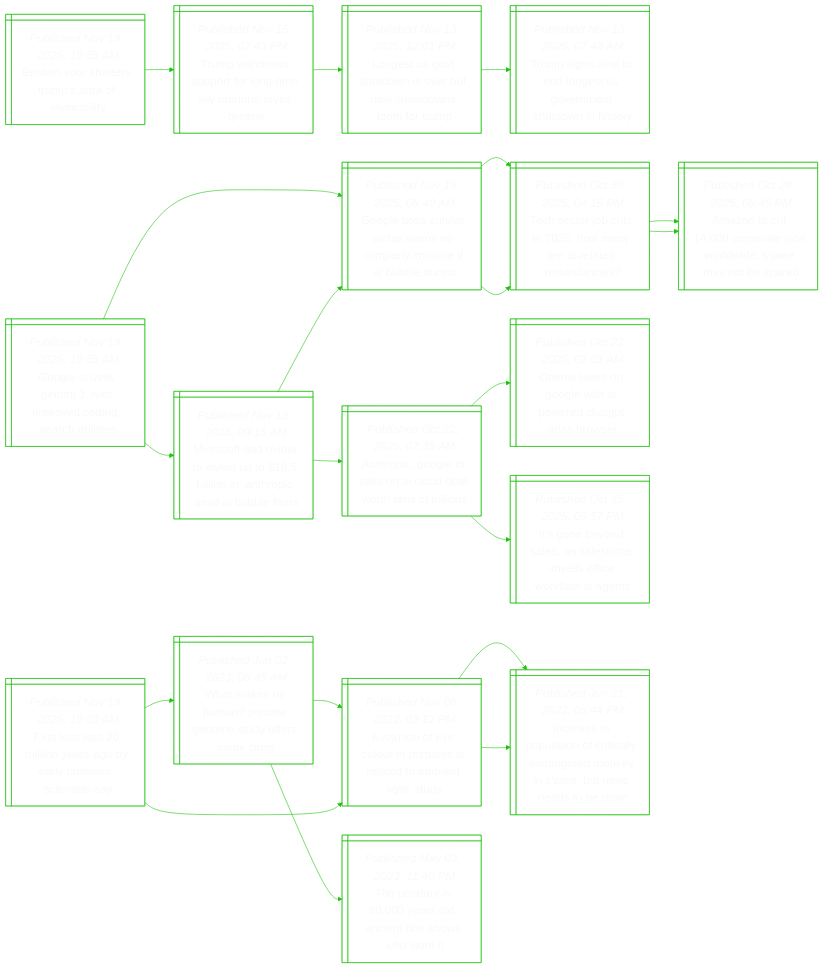
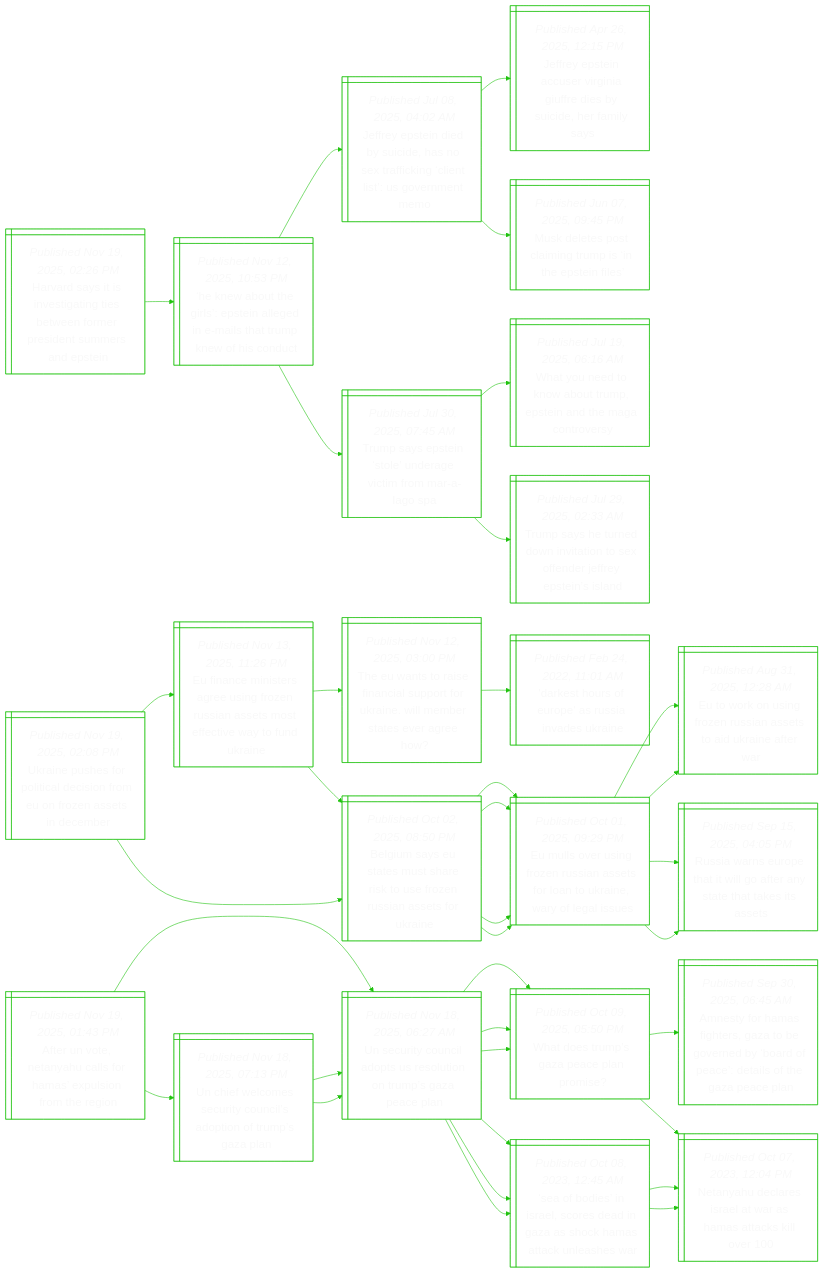
The diagram in README.md (notJmes/notJmes), drawn with Mermaid before and after one commit. The commit also changed other lines of this file, not shown here.

````diff
--- a/README.md
+++ b/README.md
@@ -16,73 +16,118 @@
 flowchart LR
 classDef txtsize font-size:20px;
 
-Eietrafnl@{ shape: win-pane, label: "_Published Nov 19, 2025, 10:35 AM_
-Epstein vote shatters trump’s aura of invincibility" }
-TwrutomyoaGe@{ shape: win-pane, label: "_Published Nov 15, 2025, 02:43 PM_
-Trump withdraws support for long-time ally marjorie taylor greene" }
-Lsounenonmr@{ shape: win-pane, label: "_Published Nov 13, 2025, 12:01 PM_
-Longest us govt shutdown is over but new showdowns loom for trump" }
-Tsdootveuns@{ shape: win-pane, label: "_Published Nov 13, 2025, 07:48 AM_
-Trump signs deal to end longest us government shutdown in history" }
+Hrsitiewopduspn@{ shape: win-pane, label: "_Published Nov 19, 2025, 02:26 PM_
+Harvard says it is investigating ties between former president summers and epstein" }
+HwtipngesTkfot@{ shape: win-pane, label: "_Published Nov 12, 2025, 10:53 PM_
+‘he knew about the girls’: epstein alleged in e-mails that trump knew of his conduct" }
+Jetisdntigntvem@{ shape: win-pane, label: "_Published Jul 08, 2025, 04:02 AM_
+Jeffrey epstein died by suicide, has no sex trafficking ‘client list’: us government memo" }
+Jetcriiebceiy@{ shape: win-pane, label: "_Published Apr 26, 2025, 12:15 PM_
+Jeffrey epstein accuser virginia giuffre dies by suicide, her family says" }
+MesciuiEie@{ shape: win-pane, label: "_Published Jun 07, 2025, 09:45 PM_
+Musk deletes post claiming trump is ‘in the epstein files’" }
+Tspnerifag@{ shape: win-pane, label: "_Published Jul 30, 2025, 07:45 AM_
+Trump says epstein ‘stole’ underage victim from mar-a-lago spa" }
+WodoumtnMov@{ shape: win-pane, label: "_Published Jul 19, 2025, 06:16 AM_
+What you need to know about trump, epstein and the maga controversy" }
+Tseentnxneyes@{ shape: win-pane, label: "_Published Jul 29, 2025, 02:33 AM_
+Trump says he turned down invitation to sex offender jeffrey epstein’s island" }
 
-Eietrafnl:::txtsize --> TwrutomyoaGe:::txtsize
-TwrutomyoaGe:::txtsize --> Lsounenonmr:::txtsize
-Lsounenonmr:::txtsize --> Tsdootveuns:::txtsize
+Hrsitiewopduspn:::txtsize --> HwtipngesTkfot:::txtsize
+HwtipngesTkfot:::txtsize --> Jetisdntigntvem:::txtsize
+Jetisdntigntvem:::txtsize --> Jetcriiebceiy:::txtsize
+Jetisdntigntvem:::txtsize --> MesciuiEie:::txtsize
+HwtipngesTkfot:::txtsize --> Tspnerifag:::txtsize
+Tspnerifag:::txtsize --> WodoumtnMov:::txtsize
+Tspnerifag:::txtsize --> Tseentnxneyes:::txtsize
 
-Geimipdnrie@{ shape: win-pane, label: "_Published Nov 19, 2025, 10:35 AM_
-Google unveils gemini 3, with improved coding, search abilities" }
-GeSranoynIls@{ shape: win-pane, label: "_Published Nov 19, 2025, 06:40 AM_
-Google boss sundar pichai warns no company immune if ai bubble bursts" }
-TejtoyItdn@{ shape: win-pane, label: "_Published Oct 30, 2025, 04:15 PM_
-Tech sector job cuts in 2025: how many are ai-related redundancies?" }
-Antojoioyee@{ shape: win-pane, label: "_Published Oct 28, 2025, 09:45 PM_
-Amazon to cut 14,000 corporate jobs worldwide, s’pore may not be spared" }
-Antojoioyee@{ shape: win-pane, label: "_Published Oct 28, 2025, 09:45 PM_
-Amazon to cut 14,000 corporate jobs worldwide, s’pore may not be spared" }
-Msnditbonpiuf@{ shape: win-pane, label: "_Published Nov 19, 2025, 09:15 AM_
-Microsoft and nvidia to invest up to $19.5 billion in  anthropic amid ai bubble fears" }
-AooikIdwtfi@{ shape: win-pane, label: "_Published Oct 22, 2025, 07:35 AM_
-Anthropic, google in talks on ai cloud deal worth tens of billions" }
-OIsoipettrr@{ shape: win-pane, label: "_Published Oct 22, 2025, 02:01 AM_
-Openai takes on google with ai-powered chatgpt atlas browser" }
-InolSfulirwe@{ shape: win-pane, label: "_Published Oct 15, 2025, 05:57 PM_
-It’s gone beyond sales, as salesforce unveils office workflow ai agents" }
-GeSranoynIls@{ shape: win-pane, label: "_Published Nov 19, 2025, 06:40 AM_
-Google boss sundar pichai warns no company immune if ai bubble bursts" }
-TejtoyItdn@{ shape: win-pane, label: "_Published Oct 30, 2025, 04:15 PM_
-Tech sector job cuts in 2025: how many are ai-related redundancies?" }
+UnhrtdioneeDb@{ shape: win-pane, label: "_Published Nov 19, 2025, 02:08 PM_
+Ukraine pushes for political decision from eu on frozen assets in december" }
+Eaieriounttcwfke@{ shape: win-pane, label: "_Published Nov 13, 2025, 11:26 PM_
+Eu finance ministers agree using frozen russian assets most effective way to fund ukraine" }
+Twtsalorilbavrw@{ shape: win-pane, label: "_Published Nov 12, 2025, 03:00 PM_
+The eu wants to raise financial support for ukraine. will member states ever agree how?" }
+DsruasvUn@{ shape: win-pane, label: "_Published Feb 24, 2022, 11:01 AM_
+'darkest hours of europe' as russia invades ukraine" }
+Busauasszsaske@{ shape: win-pane, label: "_Published Oct 02, 2025, 08:50 PM_
+Belgium says eu states must share risk to use frozen russian assets for ukraine" }
+Elrgessfakeoau@{ shape: win-pane, label: "_Published Oct 01, 2025, 09:29 PM_
+Eu mulls over using frozen russian assets for loan to ukraine, wary of legal issues" }
+Elrgessfakeoau@{ shape: win-pane, label: "_Published Oct 01, 2025, 09:29 PM_
+Eu mulls over using frozen russian assets for loan to ukraine, wary of legal issues" }
+Busauasszsaske@{ shape: win-pane, label: "_Published Oct 02, 2025, 08:50 PM_
+Belgium says eu states must share risk to use frozen russian assets for ukraine" }
+Elrgessfakeoau@{ shape: win-pane, label: "_Published Oct 01, 2025, 09:29 PM_
+Eu mulls over using frozen russian assets for loan to ukraine, wary of legal issues" }
+Eoufnisoker@{ shape: win-pane, label: "_Published Aug 31, 2025, 12:28 AM_
+Eu to work on using frozen russian assets to aid ukraine after war" }
+Rasptlfnttss@{ shape: win-pane, label: "_Published Sep 15, 2025, 04:05 PM_
+Russia warns europe that it will go after any state that takes its assets" }
+Elrgessfakeoau@{ shape: win-pane, label: "_Published Oct 01, 2025, 09:29 PM_
+Eu mulls over using frozen russian assets for loan to ukraine, wary of legal issues" }
+Eoufnisoker@{ shape: win-pane, label: "_Published Aug 31, 2025, 12:28 AM_
+Eu to work on using frozen russian assets to aid ukraine after war" }
+Rasptlfnttss@{ shape: win-pane, label: "_Published Sep 15, 2025, 04:05 PM_
+Russia warns europe that it will go after any state that takes its assets" }
 
-Geimipdnrie:::txtsize --> GeSranoynIls:::txtsize
-GeSranoynIls:::txtsize --> TejtoyItdn:::txtsize
-TejtoyItdn:::txtsize --> Antojoioyee:::txtsize
-TejtoyItdn:::txtsize --> Antojoioyee:::txtsize
-Geimipdnrie:::txtsize --> Msnditbonpiuf:::txtsize
-Msnditbonpiuf:::txtsize --> AooikIdwtfi:::txtsize
-AooikIdwtfi:::txtsize --> OIsoipettrr:::txtsize
-AooikIdwtfi:::txtsize --> InolSfulirwe:::txtsize
-Msnditbonpiuf:::txtsize --> GeSranoynIls:::txtsize
-GeSranoynIls:::txtsize --> TejtoyItdn:::txtsize
+UnhrtdioneeDb:::txtsize --> Eaieriounttcwfke:::txtsize
+Eaieriounttcwfke:::txtsize --> Twtsalorilbavrw:::txtsize
+Twtsalorilbavrw:::txtsize --> DsruasvUn:::txtsize
+Eaieriounttcwfke:::txtsize --> Busauasszsaske:::txtsize
+Busauasszsaske:::txtsize --> Elrgessfakeoau:::txtsize
+Busauasszsaske:::txtsize --> Elrgessfakeoau:::txtsize
+UnhrtdioneeDb:::txtsize --> Busauasszsaske:::txtsize
+Busauasszsaske:::txtsize --> Elrgessfakeoau:::txtsize
+Elrgessfakeoau:::txtsize --> Eoufnisoker:::txtsize
+Elrgessfakeoau:::txtsize --> Rasptlfnttss:::txtsize
+Busauasszsaske:::txtsize --> Elrgessfakeoau:::txtsize
+Elrgessfakeoau:::txtsize --> Eoufnisoker:::txtsize
+Elrgessfakeoau:::txtsize --> Rasptlfnttss:::txtsize
 
-Fkalegareet@{ shape: win-pane, label: "_Published Nov 19, 2025, 10:30 AM_
-First kiss was 20 million years ago by early primates, scientists say" }
-Wasnantfsl@{ shape: win-pane, label: "_Published Jun 02, 2023, 08:45 AM_
-What makes us human? primate genome study offers some clues" }
-Etfoimiaoegu@{ shape: win-pane, label: "_Published Nov 06, 2022, 03:12 PM_
-Evolution of eye colour in primates is related to ambient light: study" }
-IapaotlaekSbrde@{ shape: win-pane, label: "_Published Jun 21, 2022, 05:44 PM_
-Increase in population of critically endangered monkey in s'pore, but more needs to be done" }
-TnirAnswr@{ shape: win-pane, label: "_Published May 03, 2023, 11:40 PM_
-The pendant is 20,000 years old. ancient dna shows who wore it" }
-Etfoimiaoegu@{ shape: win-pane, label: "_Published Nov 06, 2022, 03:12 PM_
-Evolution of eye colour in primates is related to ambient light: study" }
-IapaotlaekSbrde@{ shape: win-pane, label: "_Published Jun 21, 2022, 05:44 PM_
-Increase in population of critically endangered monkey in s'pore, but more needs to be done" }
+AUencfmpome@{ shape: win-pane, label: "_Published Nov 19, 2025, 01:43 PM_
+After un vote, netanyahu calls for hamas’ expulsion from the region" }
+UuCipruomzcn@{ shape: win-pane, label: "_Published Nov 18, 2025, 06:27 AM_
+Un security council adopts us resolution on trump’s gaza peace plan" }
+Wouaaam@{ shape: win-pane, label: "_Published Oct 09, 2025, 05:50 PM_
+What does trump’s gaza peace plan promise?" }
+AtHfezerydatoGel@{ shape: win-pane, label: "_Published Sep 30, 2025, 06:45 AM_
+Amnesty for hamas fighters, gaza to be governed by ‘board of peace’: details of the gaza peace plan" }
+NyeeawHakl@{ shape: win-pane, label: "_Published Oct 07, 2023, 12:04 PM_
+Netanyahu declares israel at war as hamas attacks kill over 100" }
+Sbsrcdnacaale@{ shape: win-pane, label: "_Published Oct 08, 2023, 12:45 AM_
+‘sea of bodies’ in israel, scores dead in gaza as shock hamas attack unleashes war" }
+NyeeawHakl@{ shape: win-pane, label: "_Published Oct 07, 2023, 12:04 PM_
+Netanyahu declares israel at war as hamas attacks kill over 100" }
+NyeeawHakl@{ shape: win-pane, label: "_Published Oct 07, 2023, 12:04 PM_
+Netanyahu declares israel at war as hamas attacks kill over 100" }
+UecSiustfpa@{ shape: win-pane, label: "_Published Nov 18, 2025, 07:13 PM_
+Un chief welcomes security council’s adoption of trump’s gaza plan" }
+UuCipruomzcn@{ shape: win-pane, label: "_Published Nov 18, 2025, 06:27 AM_
+Un security council adopts us resolution on trump’s gaza peace plan" }
+Wouaaam@{ shape: win-pane, label: "_Published Oct 09, 2025, 05:50 PM_
+What does trump’s gaza peace plan promise?" }
+Sbsrcdnacaale@{ shape: win-pane, label: "_Published Oct 08, 2023, 12:45 AM_
+‘sea of bodies’ in israel, scores dead in gaza as shock hamas attack unleashes war" }
+UuCipruomzcn@{ shape: win-pane, label: "_Published Nov 18, 2025, 06:27 AM_
+Un security council adopts us resolution on trump’s gaza peace plan" }
+Wouaaam@{ shape: win-pane, label: "_Published Oct 09, 2025, 05:50 PM_
+What does trump’s gaza peace plan promise?" }
+Sbsrcdnacaale@{ shape: win-pane, label: "_Published Oct 08, 2023, 12:45 AM_
+‘sea of bodies’ in israel, scores dead in gaza as shock hamas attack unleashes war" }
 
-Fkalegareet:::txtsize --> Wasnantfsl:::txtsize
-Wasnantfsl:::txtsize --> Etfoimiaoegu:::txtsize
-Etfoimiaoegu:::txtsize --> IapaotlaekSbrde:::txtsize
-Wasnantfsl:::txtsize --> TnirAnswr:::txtsize
-Fkalegareet:::txtsize --> Etfoimiaoegu:::txtsize
-Etfoimiaoegu:::txtsize --> IapaotlaekSbrde:::txtsize
+AUencfmpome:::txtsize --> UuCipruomzcn:::txtsize
+UuCipruomzcn:::txtsize --> Wouaaam:::txtsize
+Wouaaam:::txtsize --> AtHfezerydatoGel:::txtsize
+Wouaaam:::txtsize --> NyeeawHakl:::txtsize
+UuCipruomzcn:::txtsize --> Sbsrcdnacaale:::txtsize
+Sbsrcdnacaale:::txtsize --> NyeeawHakl:::txtsize
+Sbsrcdnacaale:::txtsize --> NyeeawHakl:::txtsize
+AUencfmpome:::txtsize --> UecSiustfpa:::txtsize
+UecSiustfpa:::txtsize --> UuCipruomzcn:::txtsize
+UuCipruomzcn:::txtsize --> Wouaaam:::txtsize
+UuCipruomzcn:::txtsize --> Sbsrcdnacaale:::txtsize
+UecSiustfpa:::txtsize --> UuCipruomzcn:::txtsize
+UuCipruomzcn:::txtsize --> Wouaaam:::txtsize
+UuCipruomzcn:::txtsize --> Sbsrcdnacaale:::txtsize
 
 ```
````
